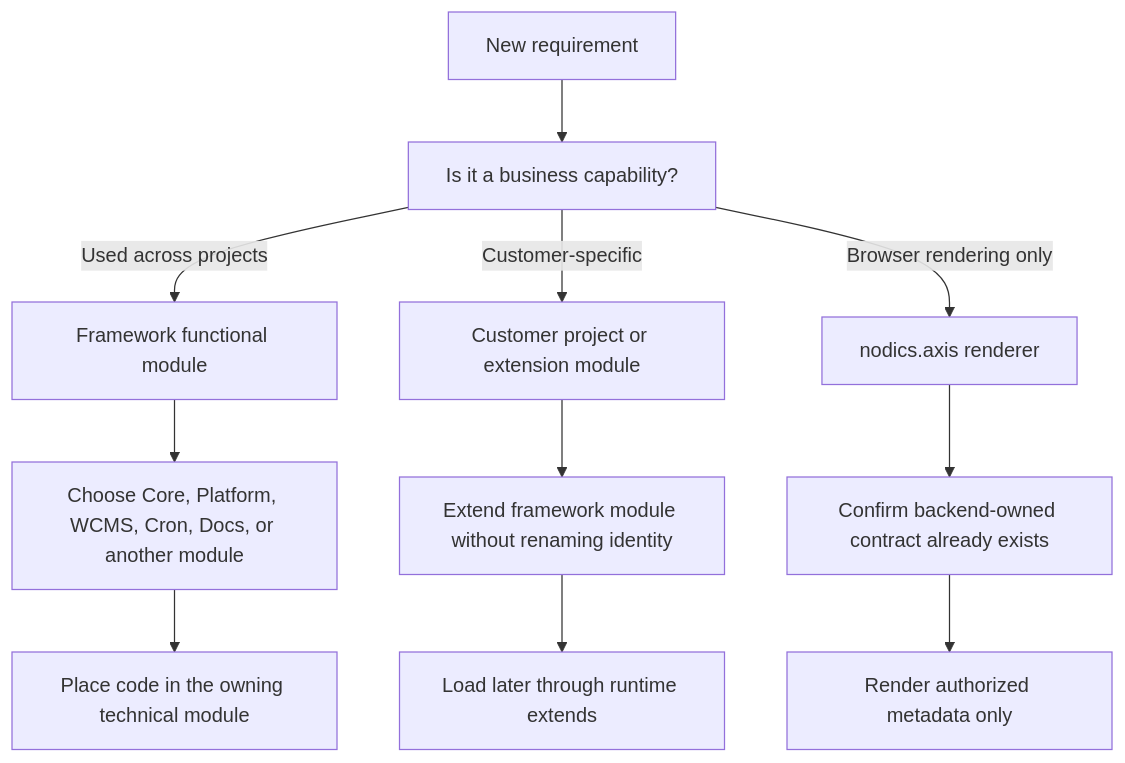
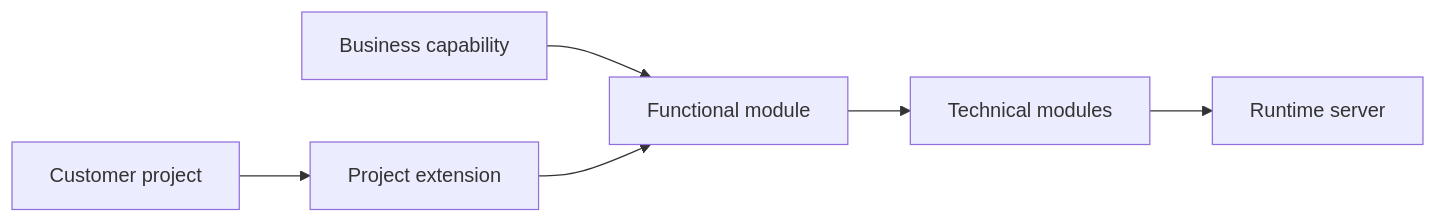
One commit to Nodics/nodics.ai changed the diagram in nodics.docs/docs/pages/framework/modular-architecture.md. Above: the diagram before and after it, drawn with Mermaid. The commit also changed other lines of this file and 92 other files, not shown here.

````diff
--- a/nodics.docs/docs/pages/framework/modular-architecture.md
+++ b/nodics.docs/docs/pages/framework/modular-architecture.md
@@ -215,13 +15,8 @@
 ```mermaid
-flowchart TD
-  Requirement["New requirement"] --> Business["Is it a business capability?"]
-  Business -->|Used across projects| Framework["Framework functional module"]
-  Business -->|Customer-specific| Project["Customer project or extension module"]
-  Business -->|Browser rendering only| Axis["nodics.axis renderer"]
-  Framework --> Owner["Choose Core, Platform, WCMS, Cron, Docs, or another module"]
-  Project --> Extends["Extend framework module without renaming identity"]
-  Axis --> Backend["Confirm backend-owned contract already exists"]
-  Owner --> Technical["Place code in the owning technical module"]
-  Extends --> Runtime["Load later through runtime extends"]
-  Backend --> Renderer["Render authorized metadata only"]
+flowchart LR
+  Capability["Business capability"] --> Module["Functional module"]
+  Module --> Technical["Technical modules"]
+  Technical --> Server["Runtime server"]
+  Project["Customer project"] --> Override["Project extension"]
+  Override --> Module
 ```
````
